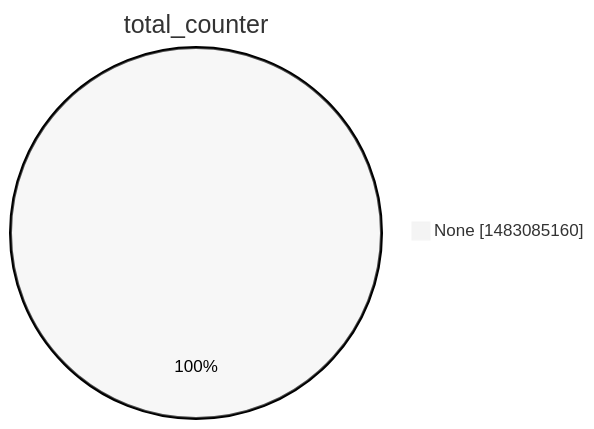
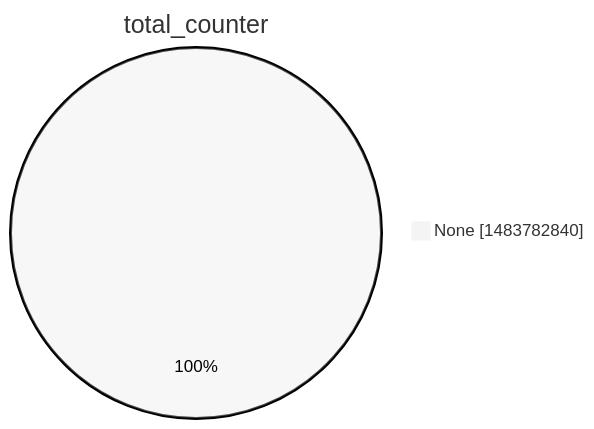
One commit to christiankrug/ctmonitor_visualization changed the second of 15 diagrams in argon2022/README.md. Above: the diagram before and after it, drawn with Mermaid (neutral theme). The commit also changed other lines of this file, not shown here.

````diff
--- a/argon2022/README.md
+++ b/argon2022/README.md
@@ -9,5 +9,5 @@
 ```mermaid
 pie showData
 title total_counter
-"None" :1483085160
+"None" :1483782840
 ```
````
